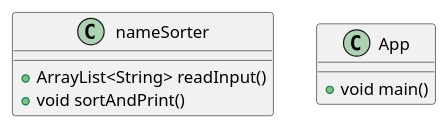
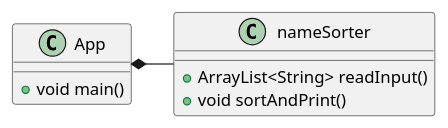
Before and after one commit to dl2579/larocque-cop3330-assignment3: the diagram in src/main/java/ex41/ex41.puml, drawn with PlantUML. The commit also changed 16 other files, not shown here.

```diff
--- a/src/main/java/ex41/ex41.puml
+++ b/src/main/java/ex41/ex41.puml
@@ -1,11 +1,13 @@
 @startuml
 class nameSorter {
     +ArrayList<String> readInput()
     +void sortAndPrint()
 }
 
 class App {
     +void main()
 }
 
+App *- nameSorter
+
 @enduml
```
